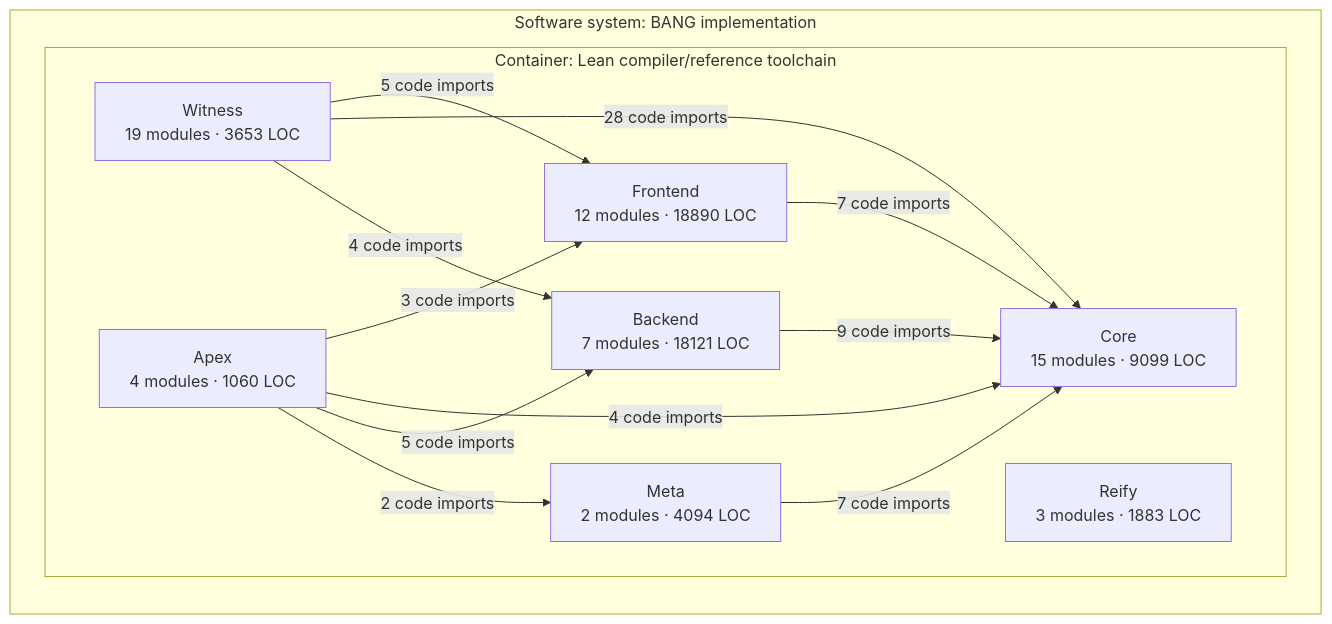
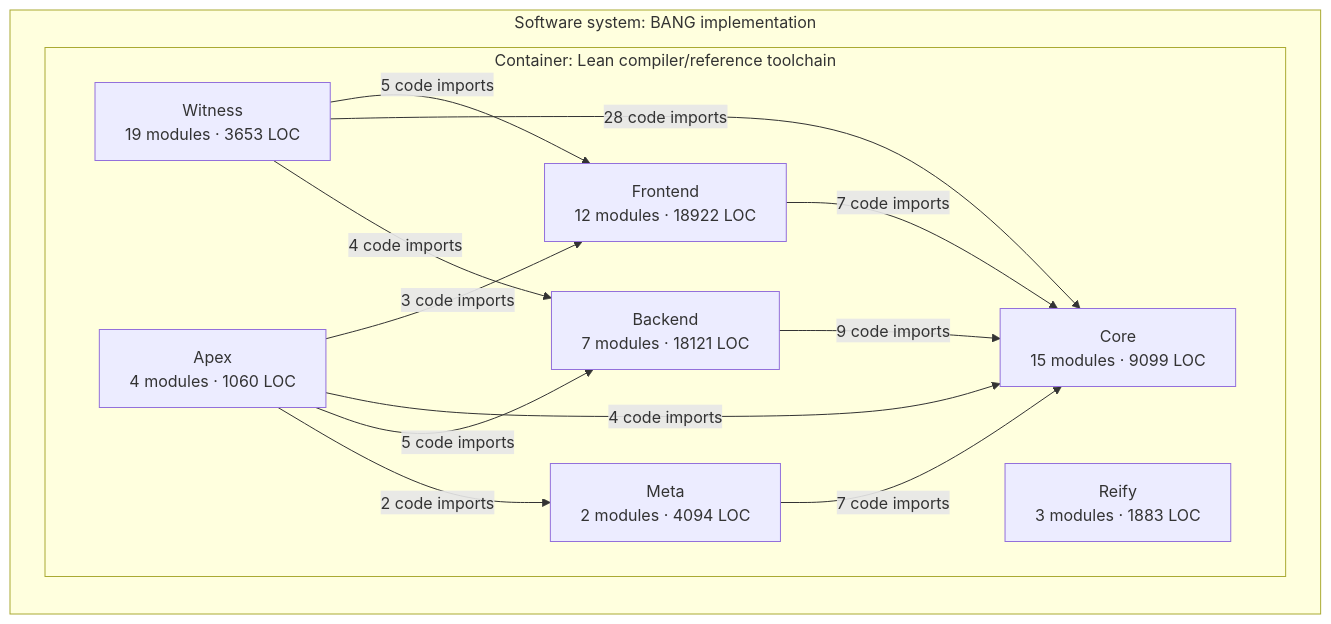
The third of 3 diagrams in docs/architecture/core-overview.md (phibkro/bang), drawn with Mermaid before and after one commit. The commit also changed other lines of this file and 10 other files, not shown here.

````diff
--- a/docs/architecture/core-overview.md
+++ b/docs/architecture/core-overview.md
@@ -160,24 +160,24 @@
 ```mermaid
 flowchart LR
   subgraph system_BANG["Software system: BANG implementation"]
     subgraph container_Lean_toolchain["Container: Lean compiler/reference toolchain"]
-      component_Frontend["Frontend<br/>12 modules · 18890 LOC"]
+      component_Frontend["Frontend<br/>12 modules · 18922 LOC"]
       component_Core["Core<br/>15 modules · 9099 LOC"]
       component_Backend["Backend<br/>7 modules · 18121 LOC"]
       component_Meta["Meta<br/>2 modules · 4094 LOC"]
       component_Witness["Witness<br/>19 modules · 3653 LOC"]
       component_Reify["Reify<br/>3 modules · 1883 LOC"]
       component_Apex["Apex<br/>4 modules · 1060 LOC"]
     end
   end
   component_Frontend -->|7 code imports| component_Core
   component_Backend -->|9 code imports| component_Core
   component_Meta -->|7 code imports| component_Core
   component_Witness -->|5 code imports| component_Frontend
   component_Witness -->|28 code imports| component_Core
   component_Witness -->|4 code imports| component_Backend
   component_Apex -->|3 code imports| component_Frontend
   component_Apex -->|4 code imports| component_Core
   component_Apex -->|5 code imports| component_Backend
   component_Apex -->|2 code imports| component_Meta
 ```
````
